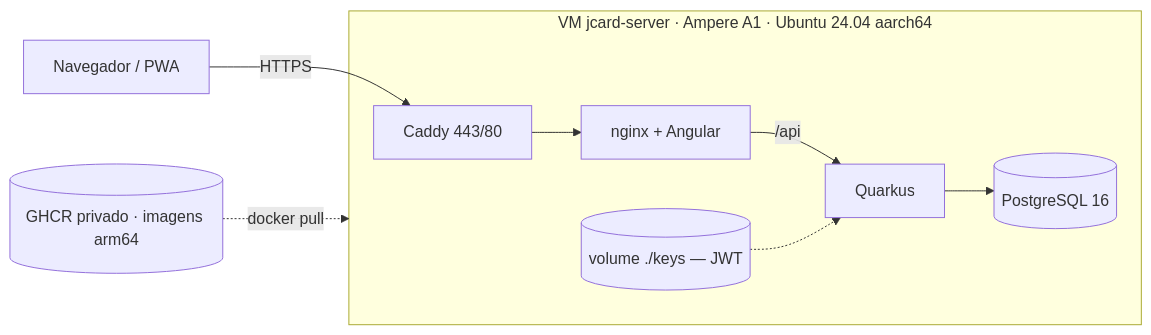
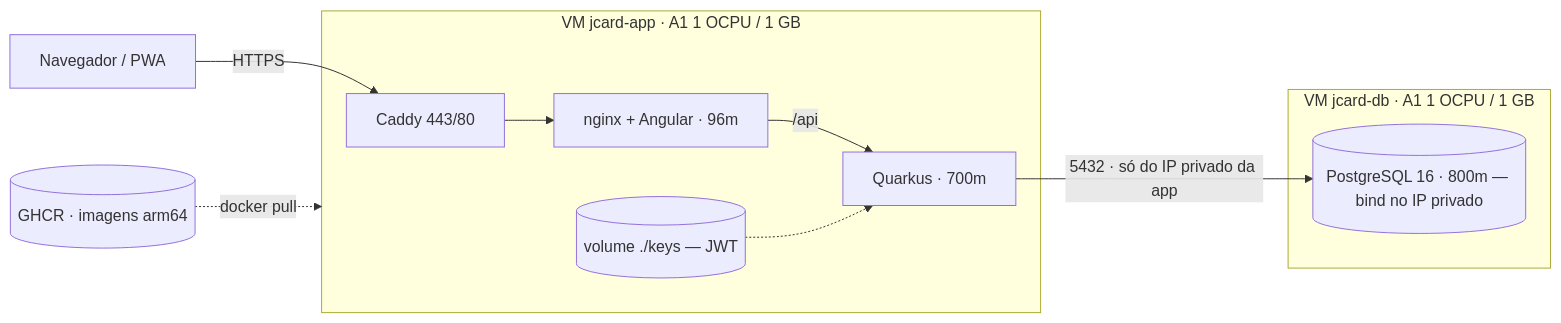
The diagram in docs/topologia.md (daniloav/jcardapp), drawn with Mermaid before and after one commit. The commit also changed other lines of this file and 12 other files, not shown here.

````diff
--- a/docs/topologia.md
+++ b/docs/topologia.md
@@ -6,11 +6,14 @@
 ```mermaid
 flowchart LR
   U[Navegador / PWA] -->|HTTPS| CADDY
-  subgraph VM["VM jcard-server · Ampere A1 · Ubuntu 24.04 aarch64"]
-    CADDY[Caddy 443/80] --> FE[nginx + Angular]
-    FE -->|/api| BE[Quarkus]
-    BE --> PG[("PostgreSQL 16")]
+  subgraph APP["VM jcard-app · A1 1 OCPU / 1 GB"]
+    CADDY[Caddy 443/80] --> FE[nginx + Angular · 96m]
+    FE -->|/api| BE[Quarkus · 700m]
     KEYS[("volume ./keys — JWT")] -.-> BE
   end
-  GHCR[("GHCR privado · imagens arm64")] -.->|docker pull| VM
+  subgraph DB["VM jcard-db · A1 1 OCPU / 1 GB"]
+    PG[("PostgreSQL 16 · 800m — bind no IP privado")]
+  end
+  BE -->|"5432 · só do IP privado da app"| PG
+  GHCR[("GHCR · imagens arm64")] -.->|docker pull| APP
 ```
````
